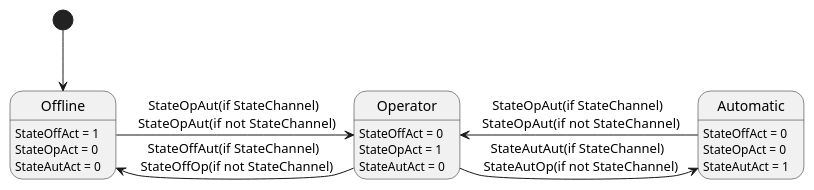
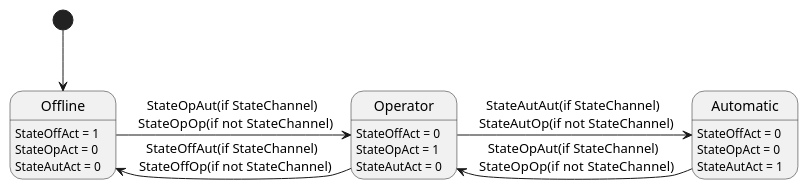
The diagram in src/modularPlantManager/pea/dataAssembly/_extensions/opModeDA/StatemachineOpMode.puml (p2o-lab/polaris-backend), drawn with PlantUML before and after one commit. The commit also changed 138 other files, not shown here.

```diff
--- a/src/modularPlantManager/pea/dataAssembly/_extensions/opModeDA/StatemachineOpMode.puml
+++ b/src/modularPlantManager/pea/dataAssembly/_extensions/opModeDA/StatemachineOpMode.puml
@@ -26,23 +26,23 @@
 @startuml
 
 [*] --> Offline
 
 Offline : StateOffAct = 1
 Offline : StateOpAct = 0
 Offline : StateAutAct = 0
 
 Operator : StateOffAct = 0
 Operator : StateOpAct = 1
 Operator : StateAutAct = 0
 
 Automatic : StateOffAct = 0
 Automatic : StateOpAct = 0
 Automatic : StateAutAct = 1
 
-Offline -> Operator : StateOpAut(if StateChannel) \n StateOpAut(if  not StateChannel)
+Offline -> Operator : StateOpAut(if StateChannel) \n StateOpOp(if  not StateChannel)
 Operator -> Offline : StateOffAut(if StateChannel) \n StateOffOp(if not StateChannel)
 
 Operator -> Automatic : StateAutAut(if StateChannel) \n StateAutOp(if not StateChannel)
-Automatic -> Operator : StateOpAut(if StateChannel) \n StateOpAut(if  not StateChannel)
+Automatic -> Operator : StateOpAut(if StateChannel) \n StateOpOp(if  not StateChannel)
 
 @enduml
```
